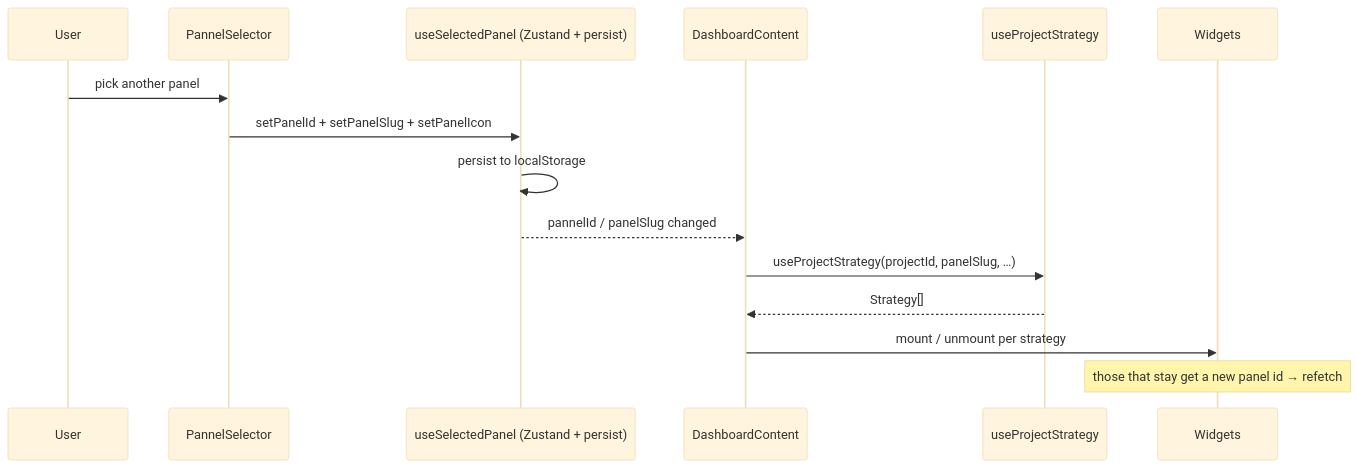
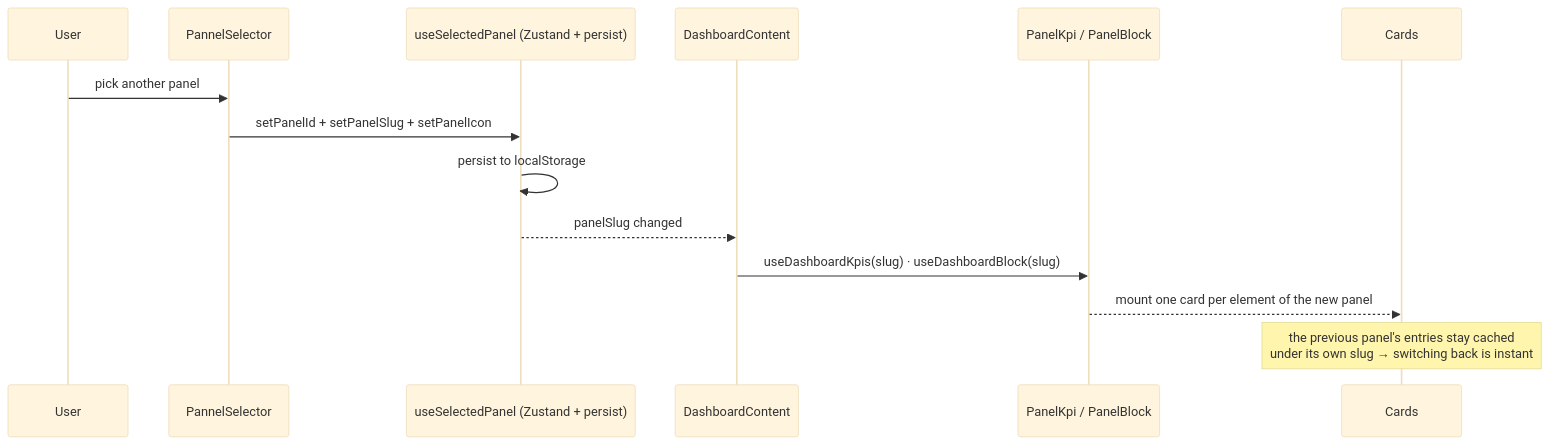
The eighth of 11 diagrams in apps/docs-site/docs/data-flow.md (webteamuxco/dashboard-monitor), drawn with Mermaid (base theme) before and after one commit. The commit also changed other lines of this file and 10 other files, not shown here.

````diff
--- a/apps/docs-site/docs/data-flow.md
+++ b/apps/docs-site/docs/data-flow.md
@@ -261,18 +229,17 @@
 ```mermaid
 sequenceDiagram
     participant User
     participant Sel as PannelSelector
     participant Store as useSelectedPanel (Zustand + persist)
     participant Content as DashboardContent
-    participant Strat as useProjectStrategy
-    participant Widgets
+    participant Lists as PanelKpi / PanelBlock
+    participant Cards
 
     User->>Sel: pick another panel
     Sel->>Store: setPanelId + setPanelSlug + setPanelIcon
     Store->>Store: persist to localStorage
-    Store-->>Content: pannelId / panelSlug changed
-    Content->>Strat: useProjectStrategy(projectId, panelSlug, …)
-    Strat-->>Content: Strategy[]
-    Content->>Widgets: mount / unmount per strategy
-    Note over Widgets: those that stay get a new panel id → refetch
+    Store-->>Content: panelSlug changed
+    Content->>Lists: useDashboardKpis(slug) · useDashboardBlock(slug)
+    Lists-->>Cards: mount one card per element of the new panel
+    Note over Cards: the previous panel's entries stay cached<br/>under its own slug → switching back is instant
 ```
````
